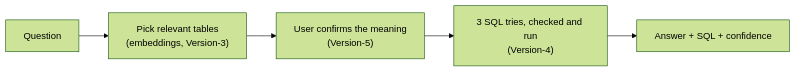
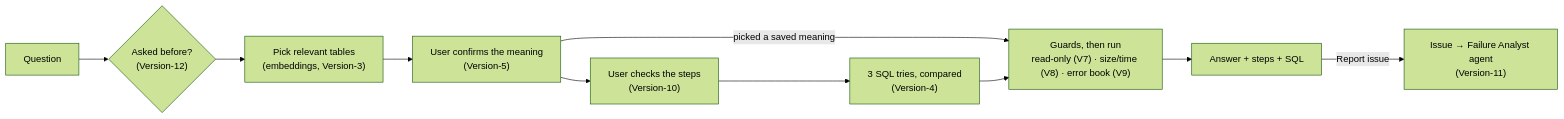
Before and after one commit to yuteshvishnu/multimodal-retrieval-engine: the first of 3 diagrams in README.md, drawn with Mermaid (forest theme). The commit also changed other lines of this file and 36 other files, not shown here.

````diff
--- a/README.md
+++ b/README.md
@@ -350,7 +442,12 @@
 ```mermaid
 flowchart LR
-    Q["Question"] --> T["Pick relevant tables<br/>(embeddings, Version-3)"]
+    Q["Question"] --> C{"Asked before?<br/>(Version-12)"}
+    C --> T["Pick relevant tables<br/>(embeddings, Version-3)"]
     T --> M["User confirms the meaning<br/>(Version-5)"]
-    M --> S["3 SQL tries, checked and run<br/>(Version-4)"]
-    S --> A["Answer + SQL + confidence"]
+    M -- "picked a saved meaning" --> G
+    M --> P["User checks the steps<br/>(Version-10)"]
+    P --> S["3 SQL tries, compared<br/>(Version-4)"]
+    S --> G["Guards, then run<br/>read-only (V7) · size/time (V8) · error book (V9)"]
+    G --> A["Answer + steps + SQL"]
+    A -- "Report issue" --> I["Issue → Failure Analyst agent<br/>(Version-11)"]
 ```
````
